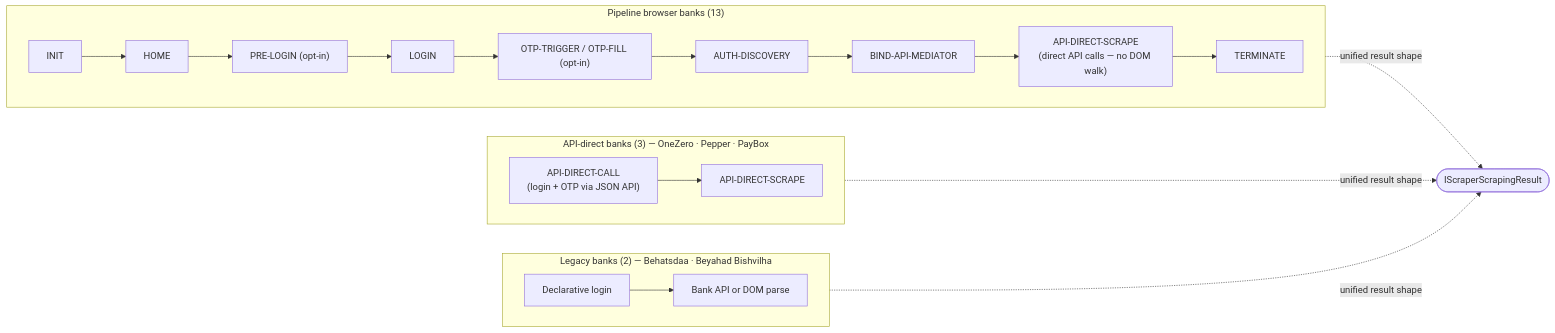
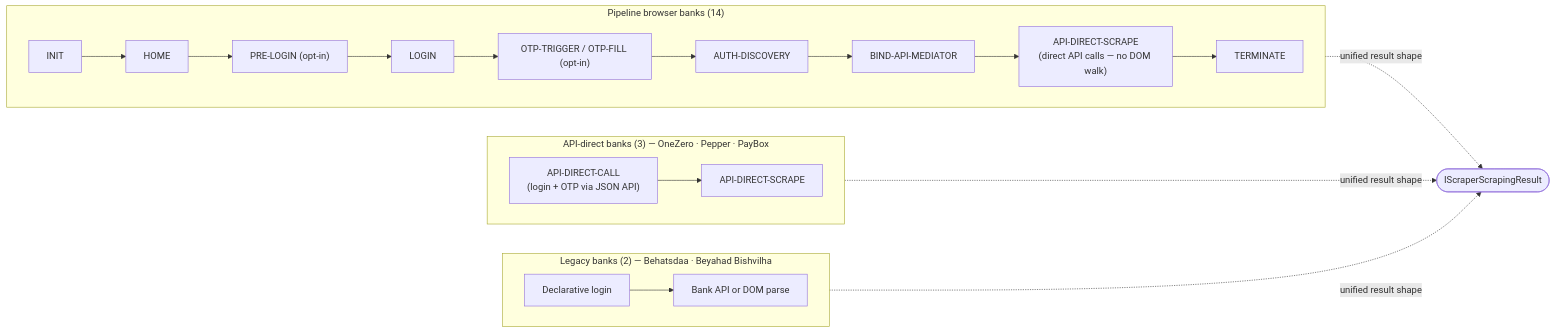
The diagram in README.md (sergienko4/israeli-bank-scrapers), drawn with Mermaid before and after one commit. The commit also changed 5 other files, not shown here.

First line of the commit message:
docs(banks): count Mizrahi as a Pipeline bank

````diff
--- a/README.md
+++ b/README.md
@@ -385,27 +385,27 @@
 ```mermaid
 flowchart LR
-    subgraph BB["Pipeline browser banks (13)"]
+    subgraph BB["Pipeline browser banks (14)"]
       direction LR
       INIT --> HOME --> PRELOGIN["PRE-LOGIN (opt-in)"]
       PRELOGIN --> LOGIN
       LOGIN --> OTP["OTP-TRIGGER / OTP-FILL (opt-in)"]
       OTP --> AUTH["AUTH-DISCOVERY"]
       AUTH --> BIND["BIND-API-MEDIATOR"]
       BIND --> SCRAPE["API-DIRECT-SCRAPE<br/>(direct API calls — no DOM walk)"]
       SCRAPE --> TERM["TERMINATE"]
     end
 
     subgraph API["API-direct banks (3) — OneZero · Pepper · PayBox"]
       direction LR
       CALL["API-DIRECT-CALL<br/>(login + OTP via JSON API)"] --> SCR["API-DIRECT-SCRAPE"]
     end
 
     subgraph LEG["Legacy banks (2) — Behatsdaa · Beyahad Bishvilha"]
       direction LR
       LLOGIN["Declarative login"] --> LFETCH["Bank API or DOM parse"]
     end
 
     BB -.->|"unified result shape"| RESULT(["IScraperScrapingResult"])
     API -.->|"unified result shape"| RESULT
     LEG -.->|"unified result shape"| RESULT
 ```
````
